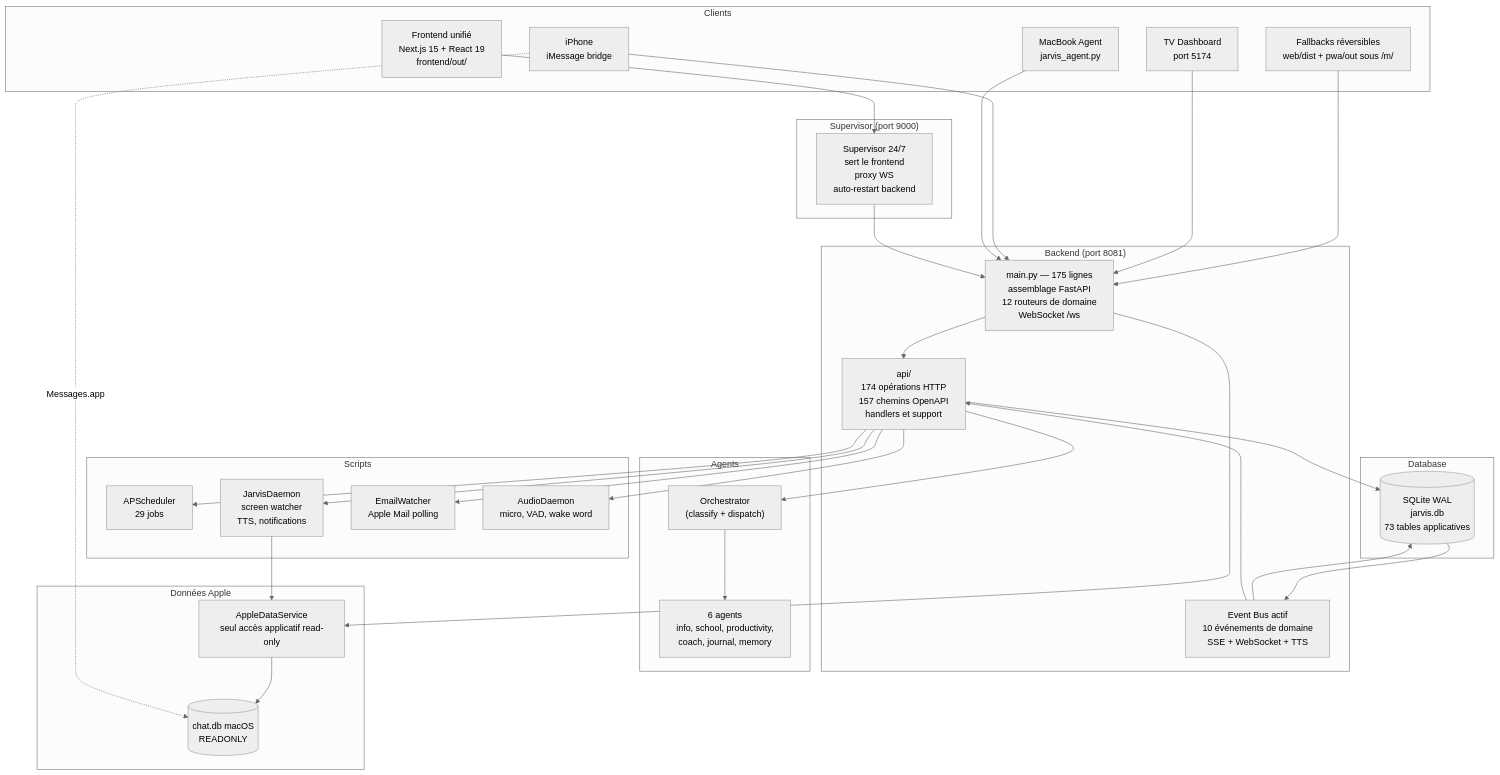
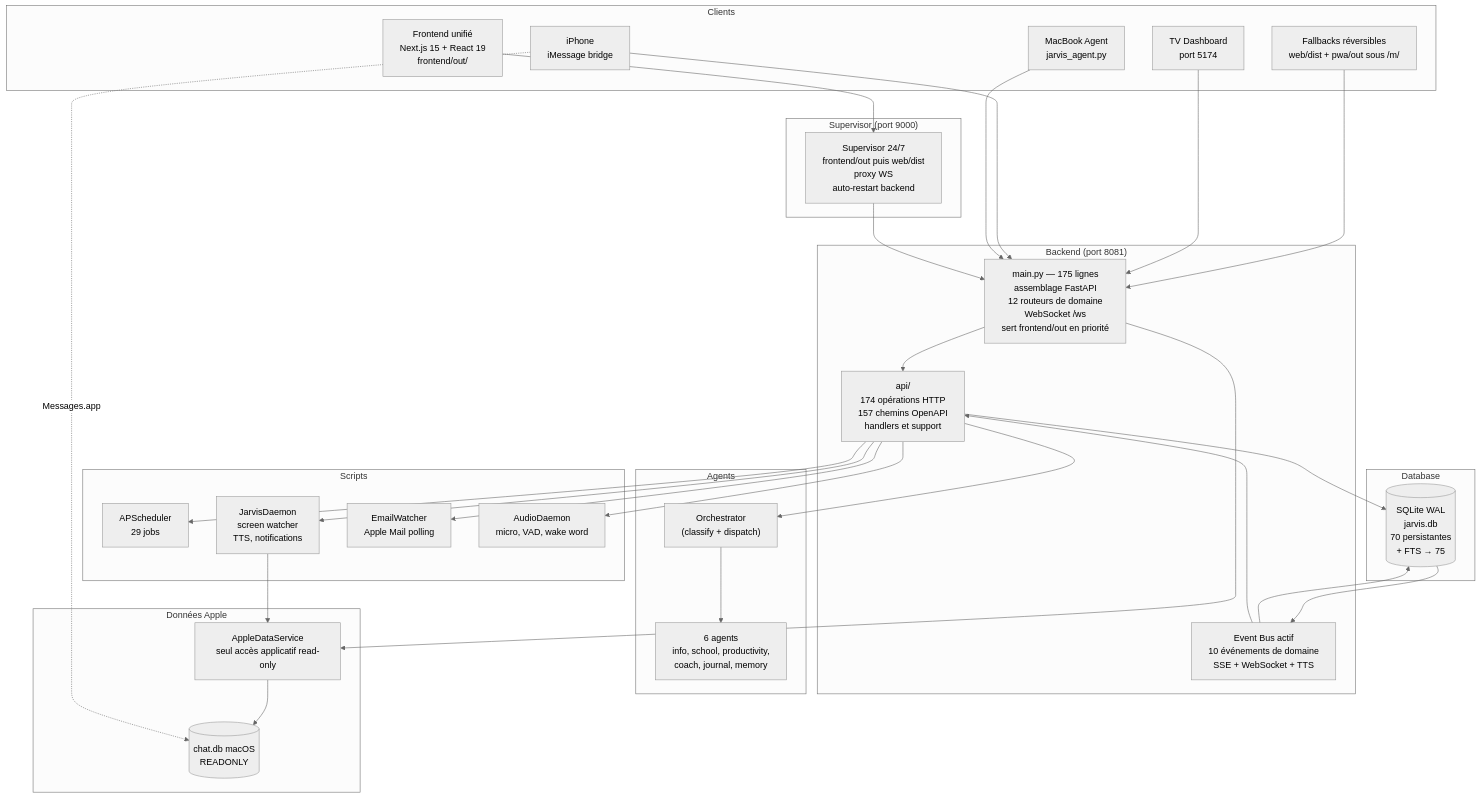
The first of 2 diagrams in Architecture/INDEX.md (AVTAVANTTOUT2/JarvisAPI), drawn with Mermaid (neutral theme) before and after one commit. The commit also changed other lines of this file and 80 other files, not shown here.

First line of the commit message:
docs+fix: aligner supervisor sur frontend canonique et clôturer l’audit

````diff
--- a/Architecture/INDEX.md
+++ b/Architecture/INDEX.md
@@ -104,63 +108,63 @@
 ```mermaid
 graph TB
     subgraph "Clients"
         FRONT["Frontend unifié<br/>Next.js 15 + React 19<br/>frontend/out/"]
         LEGACY["Fallbacks réversibles<br/>web/dist + pwa/out sous /m/"]
         TV["TV Dashboard<br/>port 5174"]
         IMESSAGE["iPhone<br/>iMessage bridge"]
         AGENT["MacBook Agent<br/>jarvis_agent.py"]
     end
 
     subgraph "Supervisor (port 9000)"
-        SUP["Supervisor 24/7<br/>sert le frontend<br/>proxy WS<br/>auto-restart backend"]
+        SUP["Supervisor 24/7<br/>frontend/out puis web/dist<br/>proxy WS<br/>auto-restart backend"]
     end
 
     subgraph "Backend (port 8081)"
-        MAIN["main.py — 175 lignes<br/>assemblage FastAPI<br/>12 routeurs de domaine<br/>WebSocket /ws"]
+        MAIN["main.py — 175 lignes<br/>assemblage FastAPI<br/>12 routeurs de domaine<br/>WebSocket /ws<br/>sert frontend/out en priorité"]
         API["api/<br/>174 opérations HTTP<br/>157 chemins OpenAPI<br/>handlers et support"]
         BUS["Event Bus actif<br/>10 événements de domaine<br/>SSE + WebSocket + TTS"]
     end
 
     subgraph "Agents"
         ORCH["Orchestrator<br/>(classify + dispatch)"]
         AG["6 agents<br/>info, school, productivity,<br/>coach, journal, memory"]
     end
 
     subgraph "Database"
-        DB[(SQLite WAL<br/>jarvis.db<br/>73 tables applicatives)]
+        DB[(SQLite WAL<br/>jarvis.db<br/>70 persistantes<br/>+ FTS → 75)]
     end
 
     subgraph "Données Apple"
         APPLE["AppleDataService<br/>seul accès applicatif read-only"]
         CHATDB[(chat.db macOS<br/>READONLY)]
     end
 
     subgraph "Scripts"
         SCHED["APScheduler<br/>29 jobs"]
         DAEMON["JarvisDaemon<br/>screen watcher<br/>TTS, notifications"]
         EMAILW["EmailWatcher<br/>Apple Mail polling"]
         AUDIOD["AudioDaemon<br/>micro, VAD, wake word"]
     end
 
     FRONT --> SUP
     LEGACY --> MAIN
     TV --> MAIN
     IMESSAGE --> MAIN
     AGENT --> MAIN
     SUP --> MAIN
     MAIN --> API
     API --> ORCH
     ORCH --> AG
     API --> DB
     DB --> BUS
     BUS --> DB
     BUS --> API
     API --> SCHED
     API --> DAEMON
     API --> EMAILW
     API --> AUDIOD
     MAIN --> APPLE
     DAEMON --> APPLE
     APPLE --> CHATDB
     IMESSAGE -. "Messages.app" .-> CHATDB
 ```
````
